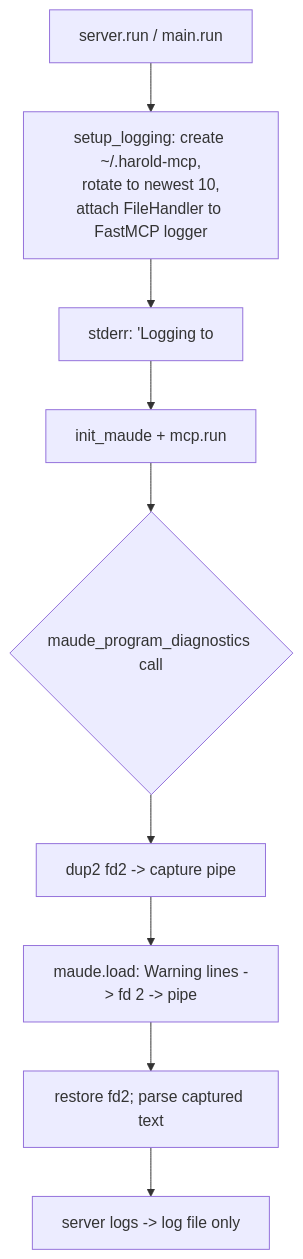
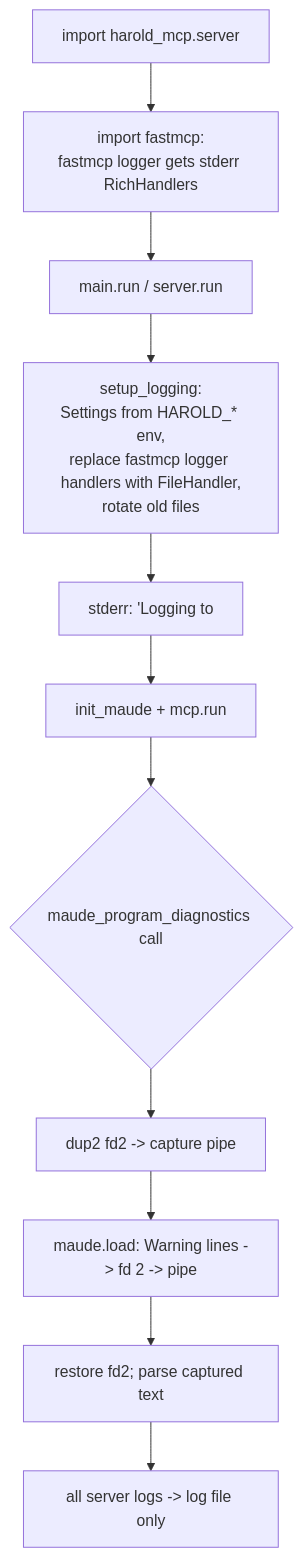
One commit to demiourgoi/Harold changed the diagram in harold-mcp/.agents/planning/maude-diagnostics-tool-v1/research/logging.md. Above: the diagram before and after it, drawn with Mermaid. The commit also changed other lines of this file, not shown here.

Commit message:
more details on logging approach

````diff
--- a/harold-mcp/.agents/planning/maude-diagnostics-tool-v1/research/logging.md
+++ b/harold-mcp/.agents/planning/maude-diagnostics-tool-v1/research/logging.md
@@ -43,11 +100,13 @@
 ```mermaid
 flowchart TD
-    A[server.run / main.run] --> B[setup_logging: create ~/.harold-mcp,<br>rotate to newest 10,<br>attach FileHandler to FastMCP logger]
-    B --> C[stderr: 'Logging to <path>']
-    C --> D[init_maude + mcp.run]
-    D --> E{maude_program_diagnostics call}
-    E --> F[dup2 fd2 -> capture pipe]
-    F --> G[maude.load: Warning lines -> fd 2 -> pipe]
-    G --> H[restore fd2; parse captured text]
-    H --> I[server logs -> log file only]
+    A[import harold_mcp.server] --> B[import fastmcp:<br>fastmcp logger gets stderr RichHandlers]
+    B --> C[main.run / server.run]
+    C --> D[setup_logging:<br>Settings from HAROLD_* env,<br>replace fastmcp logger handlers with FileHandler,<br>rotate old files]
+    D --> E[stderr: 'Logging to <path>']
+    E --> F[init_maude + mcp.run]
+    F --> G{maude_program_diagnostics call}
+    G --> H[dup2 fd2 -> capture pipe]
+    H --> I[maude.load: Warning lines -> fd 2 -> pipe]
+    I --> J[restore fd2; parse captured text]
+    J --> K[all server logs -> log file only]
 ```
````
